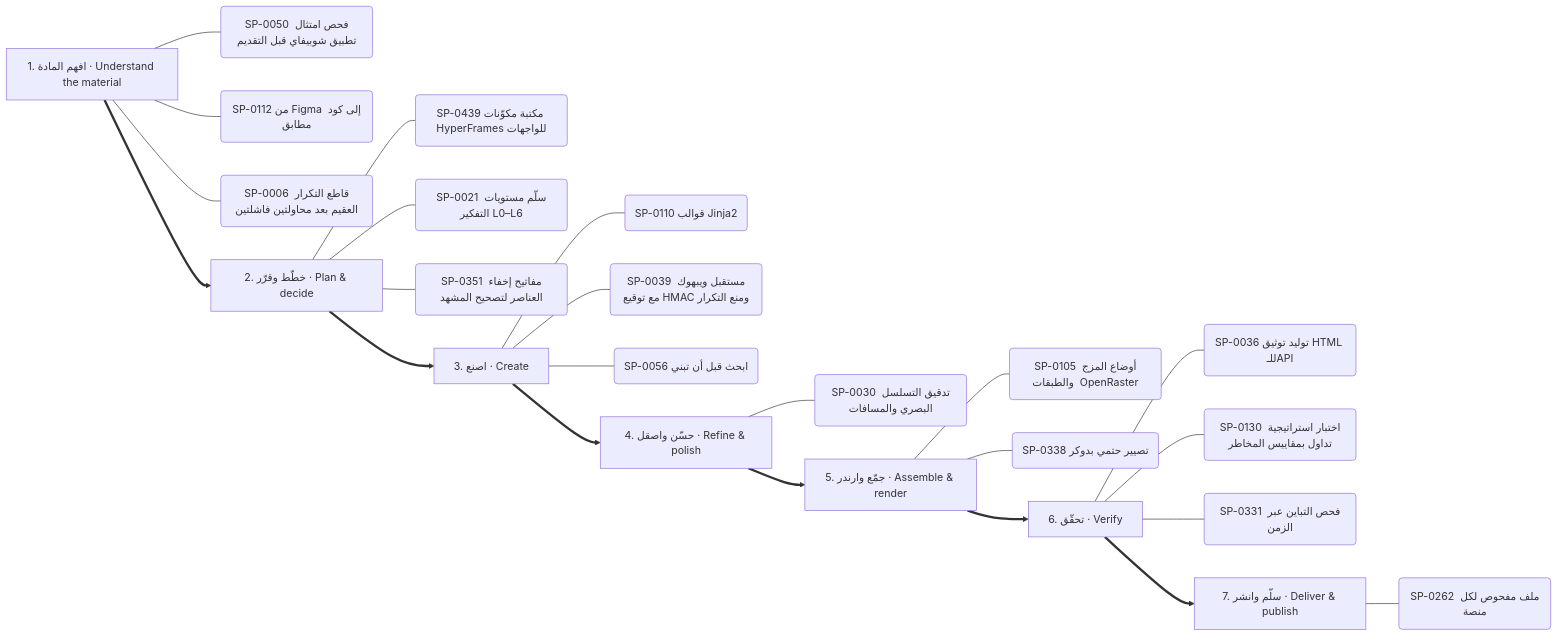
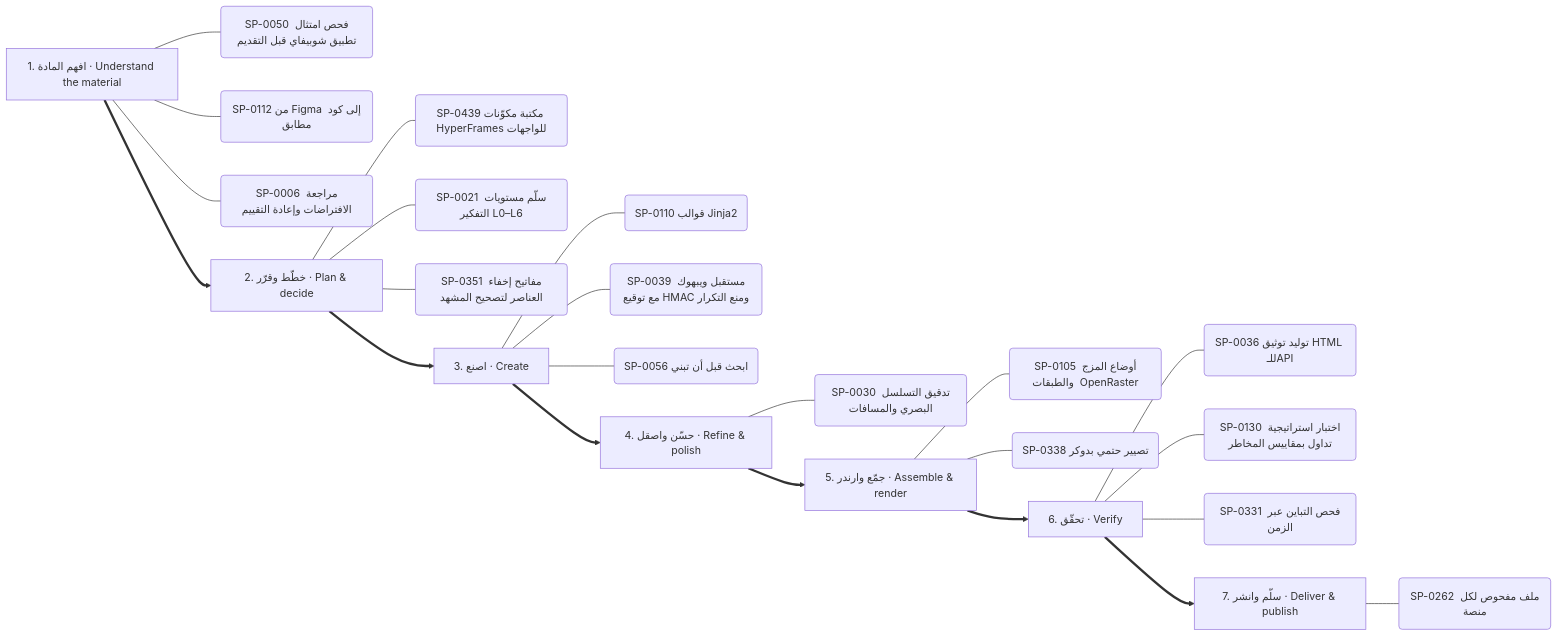
One commit to kosif199022-jpg/kosif-tool changed the ninth of 13 diagrams in .claude/skills/kosif-superpowers/references/capability-mindmap.md. Above: the diagram before and after it, drawn with Mermaid. The commit also changed other lines of this file and 28 other files, not shown here.

````diff
--- a/.claude/skills/kosif-superpowers/references/capability-mindmap.md
+++ b/.claude/skills/kosif-superpowers/references/capability-mindmap.md
@@ -455,32 +455,32 @@
 ```mermaid
 flowchart LR
   S0["1. افهم المادة · Understand the material"]
   S0 --- S0_0("SP-0050 فحص امتثال تطبيق شوبيفاي قبل التقديم")
   S0 --- S0_1("SP-0112 من Figma إلى كود مطابق")
-  S0 --- S0_2("SP-0006 قاطع التكرار العقيم بعد محاولتين فاشلتين")
+  S0 --- S0_2("SP-0006 مراجعة الافتراضات وإعادة التقييم")
   S1["2. خطّط وقرّر · Plan & decide"]
   S1 --- S1_0("SP-0439 مكتبة مكوّنات HyperFrames للواجهات")
   S1 --- S1_1("SP-0021 سلّم مستويات التفكير L0–L6")
   S1 --- S1_2("SP-0351 مفاتيح إخفاء العناصر لتصحيح المشهد")
   S0 ==> S1
   S2["3. اصنع · Create"]
   S2 --- S2_0("SP-0110 قوالب Jinja2")
   S2 --- S2_1("SP-0039 مستقبل ويبهوك مع توقيع HMAC ومنع التكرار")
   S2 --- S2_2("SP-0056 ابحث قبل أن تبني")
   S1 ==> S2
   S3["4. حسّن واصقل · Refine & polish"]
   S3 --- S3_0("SP-0030 تدقيق التسلسل البصري والمسافات")
   S2 ==> S3
   S4["5. جمّع وارندر · Assemble & render"]
   S4 --- S4_0("SP-0105 أوضاع المزج والطبقات  OpenRaster ")
   S4 --- S4_1("SP-0338 تصيير حتمي بدوكر")
   S3 ==> S4
   S5["6. تحقّق · Verify"]
   S5 --- S5_0("SP-0036 توليد توثيق HTML للـAPI")
   S5 --- S5_1("SP-0130 اختبار استراتيجية تداول بمقاييس المخاطر")
   S5 --- S5_2("SP-0331 فحص التباين عبر الزمن")
   S4 ==> S5
   S6["7. سلّم وانشر · Deliver & publish"]
   S6 --- S6_0("SP-0262 ملف مفحوص لكل منصة")
   S5 ==> S6
 ```
````
